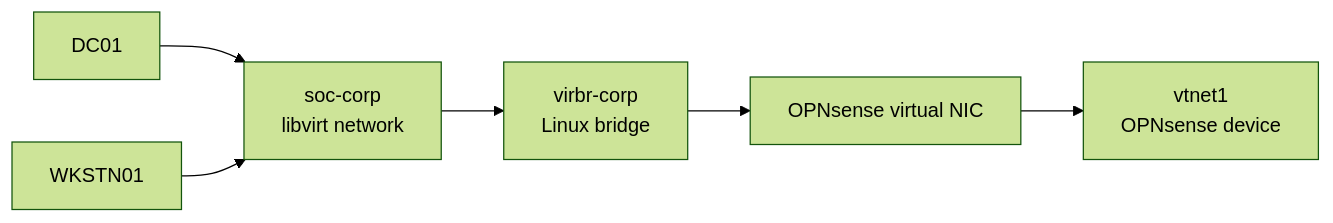
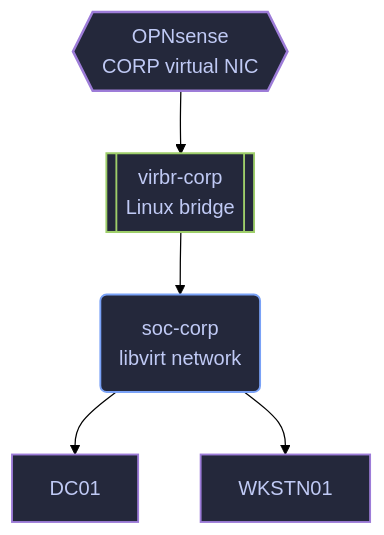
The first of 4 diagrams in content/Projects/Mystery Inc Enterprise Lab/03 - Removing the Existing CORP Network Configuration.md (johncraigcastillo/portfolio), drawn with Mermaid (forest theme) before and after one commit. The commit also changed other lines of this file and 6 other files, not shown here.

Commit message:
03 - Removing the Existing CORP Network Configuration complete

````diff
--- a/content/Projects/Mystery Inc Enterprise Lab/03 - Removing the Existing CORP Network Configuration.md
+++ b/content/Projects/Mystery Inc Enterprise Lab/03 - Removing the Existing CORP Network Configuration.md
@@ -169,15 +169,27 @@
 ```mermaid
-flowchart LR
-    DC["DC01"]
-    WK["WKSTN01"]
-    NET["soc-corp<br/>libvirt network"]
-    BR["virbr-corp<br/>Linux bridge"]
-    NIC["OPNsense virtual NIC"]
-    DEV["vtnet1<br/>OPNsense device"]
+flowchart TB
 
-    DC --> NET
-    WK --> NET
-    NET --> BR
-    BR --> NIC
-    NIC --> DEV
+OP{{"OPNsense<br/>CORP virtual NIC"}}
+
+BR[["virbr-corp<br/>Linux bridge"]]
+
+NET("soc-corp<br/>libvirt network")
+
+DC["DC01"]
+WK["WKSTN01"]
+
+OP --> BR
+BR --> NET
+NET --> DC
+NET --> WK
+
+classDef firewall fill:#24283b,stroke:#9d7cd8,color:#c0caf5,stroke-width:2px;
+classDef bridge fill:#24283b,stroke:#9ece6a,color:#c0caf5,stroke-width:1.5px;
+classDef network fill:#24283b,stroke:#7aa2f7,color:#c0caf5,stroke-width:1.5px;
+classDef endpoint fill:#24283b,stroke:#9d7cd8,color:#c0caf5,stroke-width:1.5px;
+
+class OP firewall;
+class BR bridge;
+class NET network;
+class DC,WK endpoint;
 ```
````
